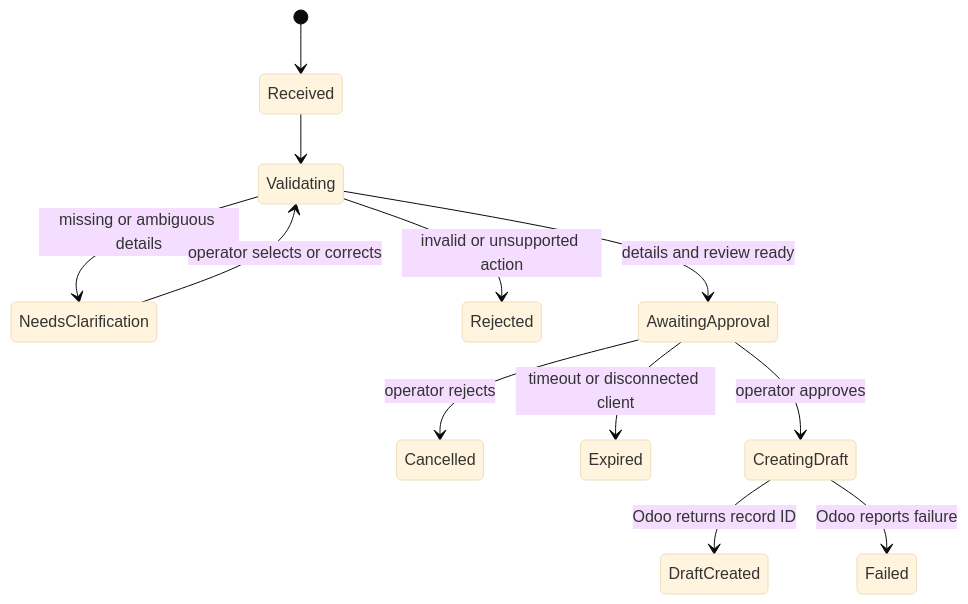
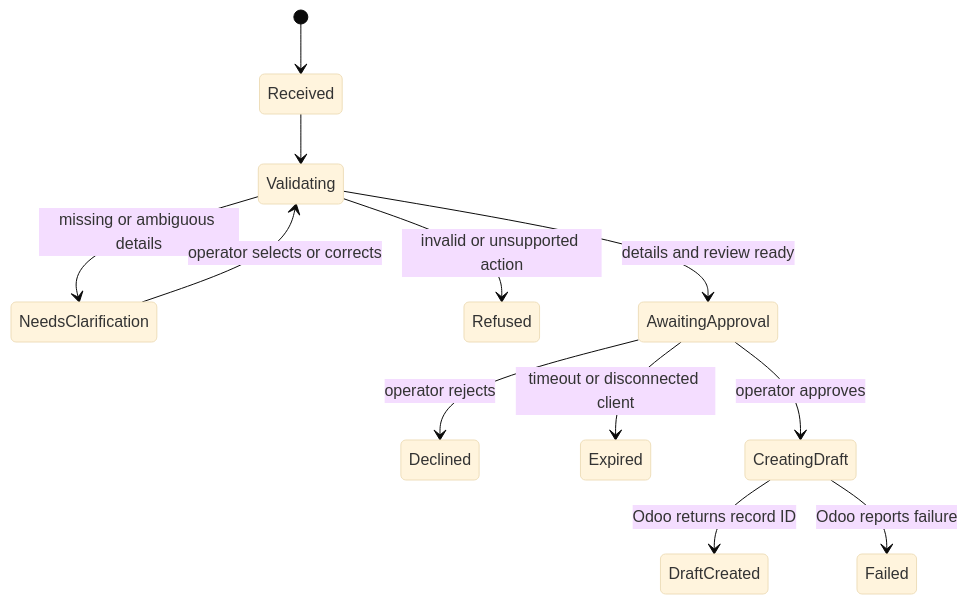
The second of 2 diagrams in documentation/our-work/design/BLUEPRINT.md (Floydgodlieb/AI-Integrated-ERP), drawn with Mermaid (base theme) before and after one commit. The commit also changed other lines of this file and 10 other files, not shown here.

First line of the commit message:
PRD and blueprint 1.1 with review changes, as readable HTML; build plan follows the delivery sequence

````diff
--- a/documentation/our-work/design/BLUEPRINT.md
+++ b/documentation/our-work/design/BLUEPRINT.md
@@ -43,14 +57,14 @@
 ```mermaid
 stateDiagram-v2
   [*] --> Received
   Received --> Validating
   Validating --> NeedsClarification: missing or ambiguous details
   NeedsClarification --> Validating: operator selects or corrects
-  Validating --> Rejected: invalid or unsupported action
+  Validating --> Refused: invalid or unsupported action
   Validating --> AwaitingApproval: details and review ready
-  AwaitingApproval --> Cancelled: operator rejects
+  AwaitingApproval --> Declined: operator rejects
   AwaitingApproval --> Expired: timeout or disconnected client
   AwaitingApproval --> CreatingDraft: operator approves
   CreatingDraft --> DraftCreated: Odoo returns record ID
   CreatingDraft --> Failed: Odoo reports failure
 ```
````
